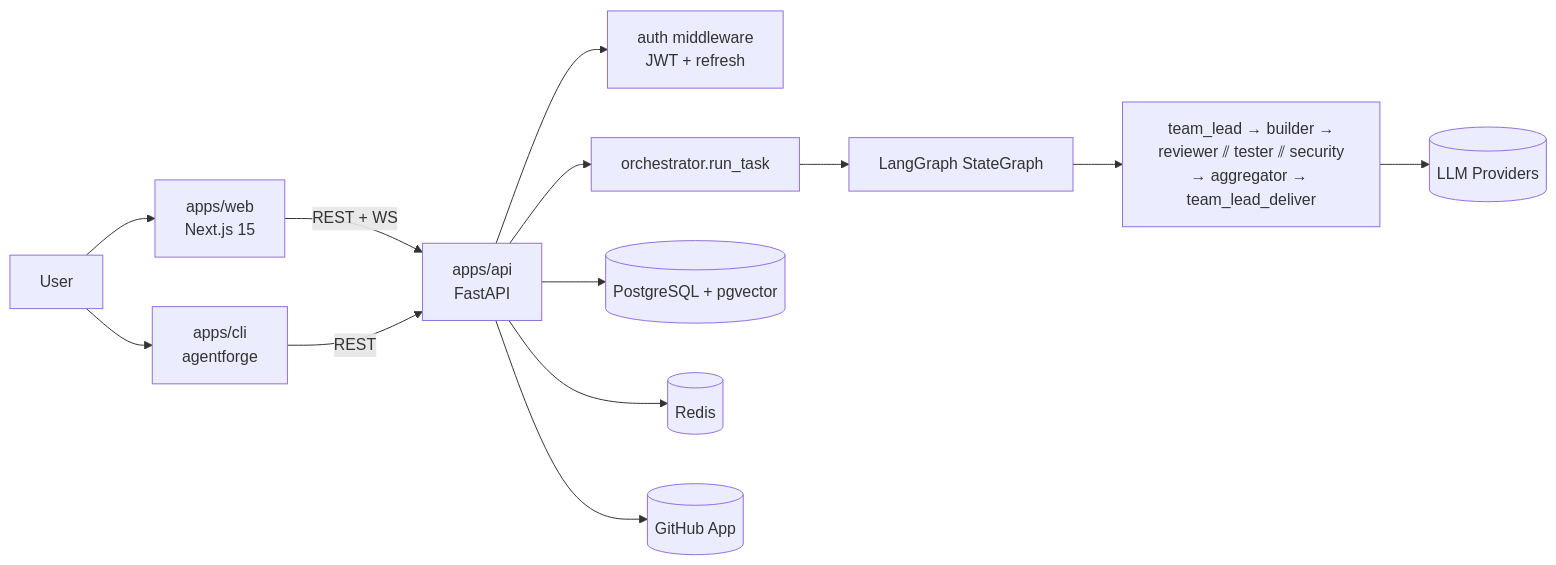
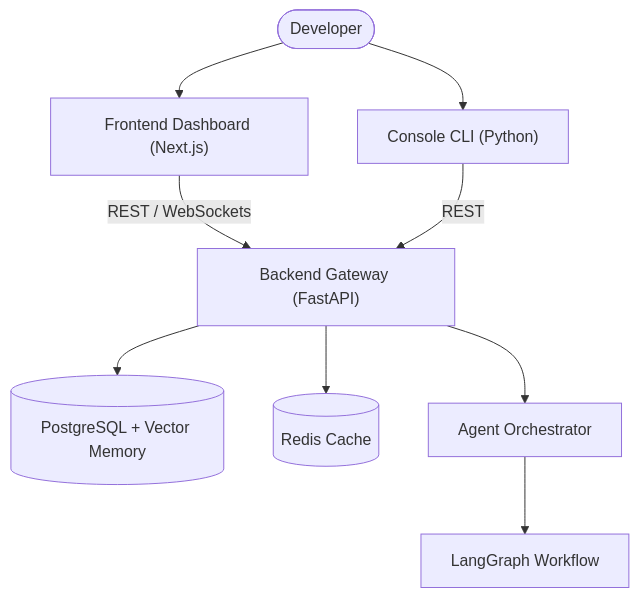
One commit to garvit-mishra-beep/AgentForge changed the diagram in README.md. Above: the diagram before and after it, drawn with Mermaid. The commit also changed other lines of this file and 85 other files, not shown here.

````diff
--- a/README.md
+++ b/README.md
@@ -57,15 +117,11 @@
 ```mermaid
-graph LR
-  U[User] --> Web[apps/web<br/>Next.js 15]
-  U --> CLI[apps/cli<br/>agentforge]
-  Web -- REST + WS --> API[apps/api<br/>FastAPI]
-  CLI -- REST --> API
-  API --> Auth[auth middleware<br/>JWT + refresh]
-  API --> Orchestrator[orchestrator.run_task]
-  Orchestrator --> Graph[LangGraph StateGraph]
-  Graph --> Nodes[team_lead → builder →<br/>reviewer ⫽ tester ⫽ security<br/>→ aggregator → team_lead_deliver]
-  Nodes --> LLM[(LLM Providers)]
-  API --> DB[(PostgreSQL + pgvector)]
-  API --> Redis[(Redis)]
-  API --> GH[(GitHub App)]
+graph TD
+  User([Developer]) --> Web["Frontend Dashboard (Next.js)"]
+  User --> CLI["Console CLI (Python)"]
+  Web -- "REST / WebSockets" --> API["Backend Gateway (FastAPI)"]
+  CLI -- "REST" --> API
+  API --> DB[(PostgreSQL + Vector Memory)]
+  API --> Redis[(Redis Cache)]
+  API --> Orchestrator["Agent Orchestrator"]
+  Orchestrator --> Graph["LangGraph Workflow"]
 ```
````
